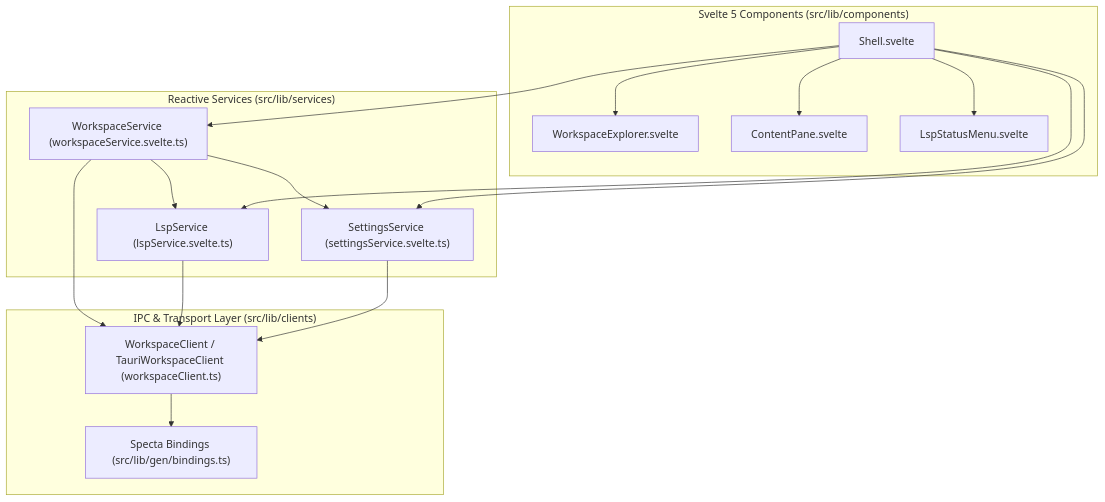
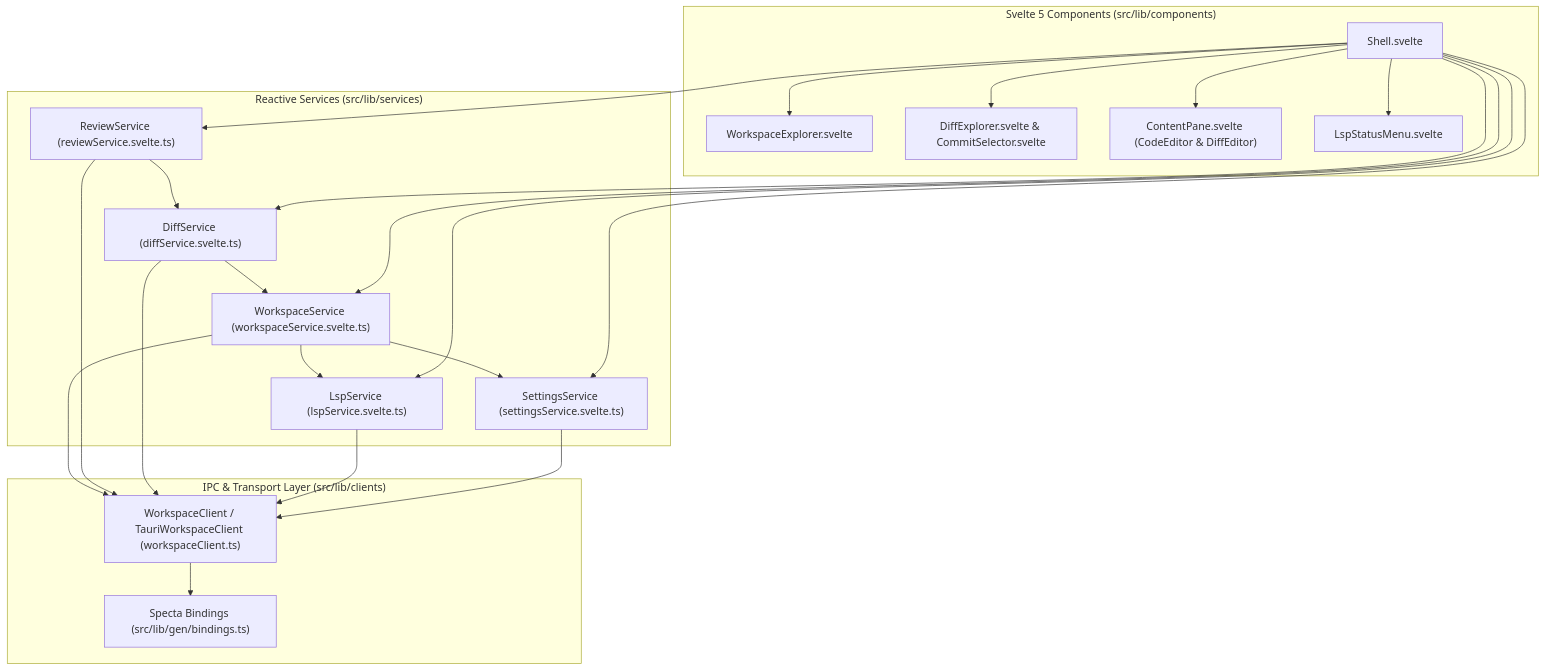
Before and after one commit to difflab-io/lgtm: the first of 3 diagrams in docs/architecture/web/index.md, drawn with Mermaid. The commit also changed other lines of this file and 45 other files, not shown here.

Commit message:
feat(desktop,web,ui): add CodeMirror diff viewer, collapsible diff explorer, and commit checklist

````diff
--- a/docs/architecture/web/index.md
+++ b/docs/architecture/web/index.md
@@ -42,33 +49,43 @@
 ```mermaid
 flowchart TB
     subgraph Components["Svelte 5 Components (src/lib/components)"]
         SHELL["Shell.svelte"]
         EXPLORER["WorkspaceExplorer.svelte"]
-        CONTENT["ContentPane.svelte"]
+        DIFF_EXP["DiffExplorer.svelte & CommitSelector.svelte"]
+        CONTENT["ContentPane.svelte (CodeEditor & DiffEditor)"]
         LSP_MENU["LspStatusMenu.svelte"]
         SHELL --> EXPLORER
+        SHELL --> DIFF_EXP
         SHELL --> CONTENT
         SHELL --> LSP_MENU
     end
 
     subgraph Services["Reactive Services (src/lib/services)"]
         WS_SVC["WorkspaceService (workspaceService.svelte.ts)"]
+        REV_SVC["ReviewService (reviewService.svelte.ts)"]
+        DIFF_SVC["DiffService (diffService.svelte.ts)"]
         LSP_SVC["LspService (lspService.svelte.ts)"]
         SET_SVC["SettingsService (settingsService.svelte.ts)"]
+        REV_SVC --> DIFF_SVC
+        DIFF_SVC --> WS_SVC
         WS_SVC --> LSP_SVC
         WS_SVC --> SET_SVC
     end
 
     subgraph Client["IPC & Transport Layer (src/lib/clients)"]
         WS_CLIENT["WorkspaceClient / TauriWorkspaceClient (workspaceClient.ts)"]
         BINDINGS["Specta Bindings (src/lib/gen/bindings.ts)"]
         WS_CLIENT --> BINDINGS
     end
 
     SHELL --> WS_SVC
+    SHELL --> REV_SVC
+    SHELL --> DIFF_SVC
     SHELL --> LSP_SVC
     SHELL --> SET_SVC
     WS_SVC --> WS_CLIENT
+    REV_SVC --> WS_CLIENT
+    DIFF_SVC --> WS_CLIENT
     LSP_SVC --> WS_CLIENT
     SET_SVC --> WS_CLIENT
 ```
````
